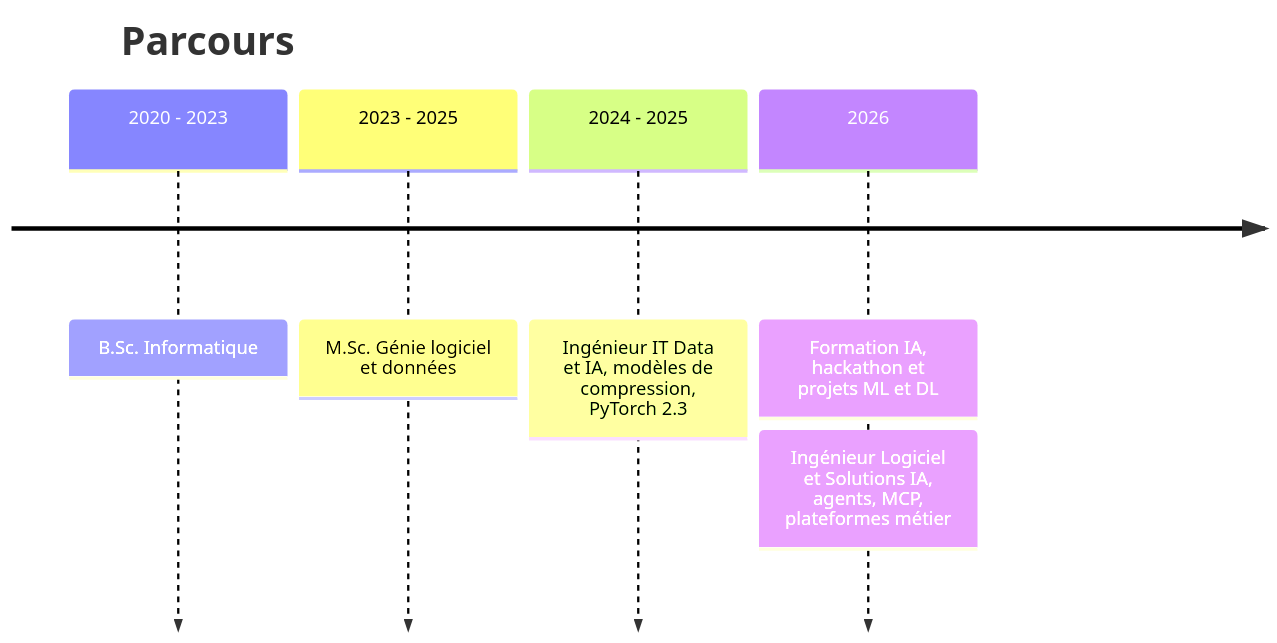
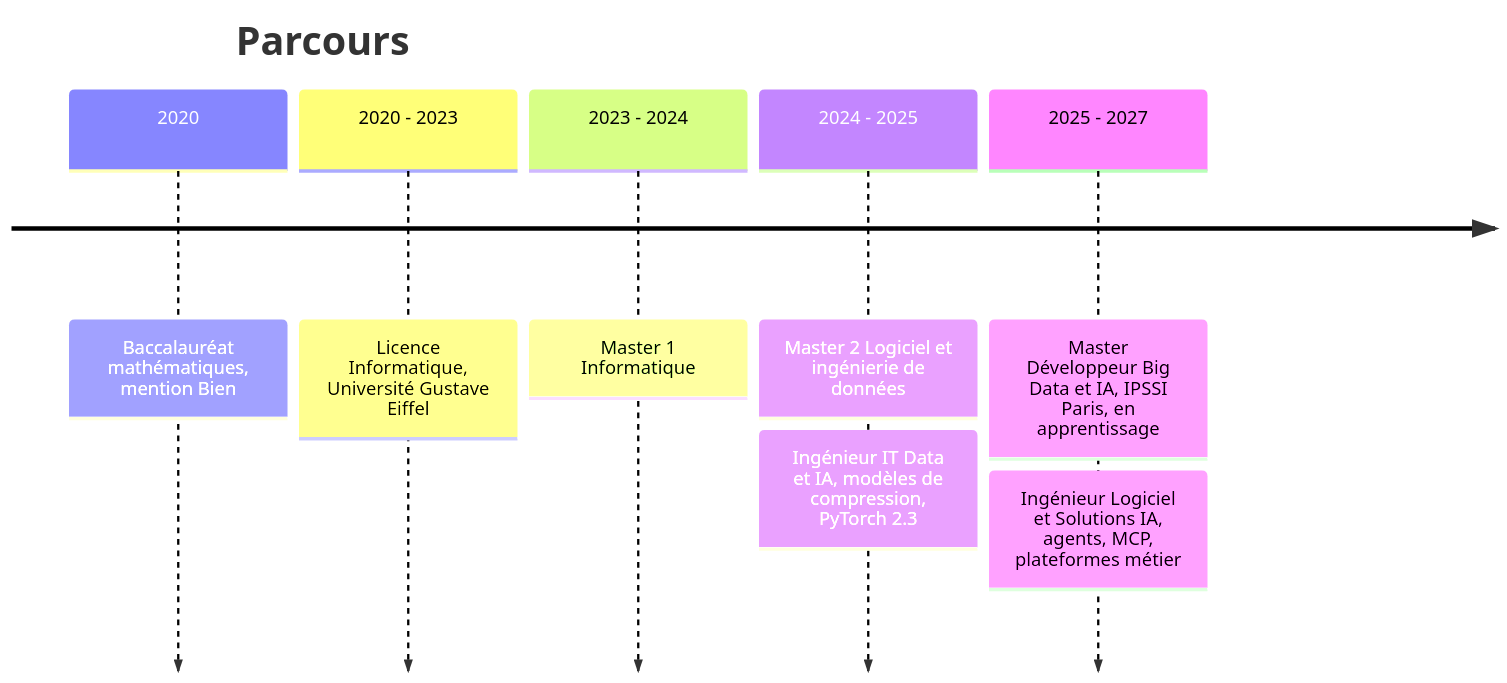
The third of 3 diagrams in README.md (MaashRees/MaashRees), drawn with Mermaid before and after one commit. The commit also changed other lines of this file and 1 other file, not shown here.

First line of the commit message:
README de profil : parcours détaillé et graphe 3D du stack

````diff
--- a/README.md
+++ b/README.md
@@ -230,9 +245,11 @@
 ```mermaid
 timeline
     title Parcours
-    2020 - 2023 : B.Sc. Informatique
-    2023 - 2025 : M.Sc. Génie logiciel et données
-    2024 - 2025 : Ingénieur IT Data et IA, modèles de compression, PyTorch 2.3
-    2026 : Formation IA, hackathon et projets ML et DL
-         : Ingénieur Logiciel et Solutions IA, agents, MCP, plateformes métier
+    2020 : Baccalauréat mathématiques, mention Bien
+    2020 - 2023 : Licence Informatique, Université Gustave Eiffel
+    2023 - 2024 : Master 1 Informatique
+    2024 - 2025 : Master 2 Logiciel et ingénierie de données
+                : Ingénieur IT Data et IA, modèles de compression, PyTorch 2.3
+    2025 - 2027 : Master Développeur Big Data et IA, IPSSI Paris, en apprentissage
+                : Ingénieur Logiciel et Solutions IA, agents, MCP, plateformes métier
 ```
````
